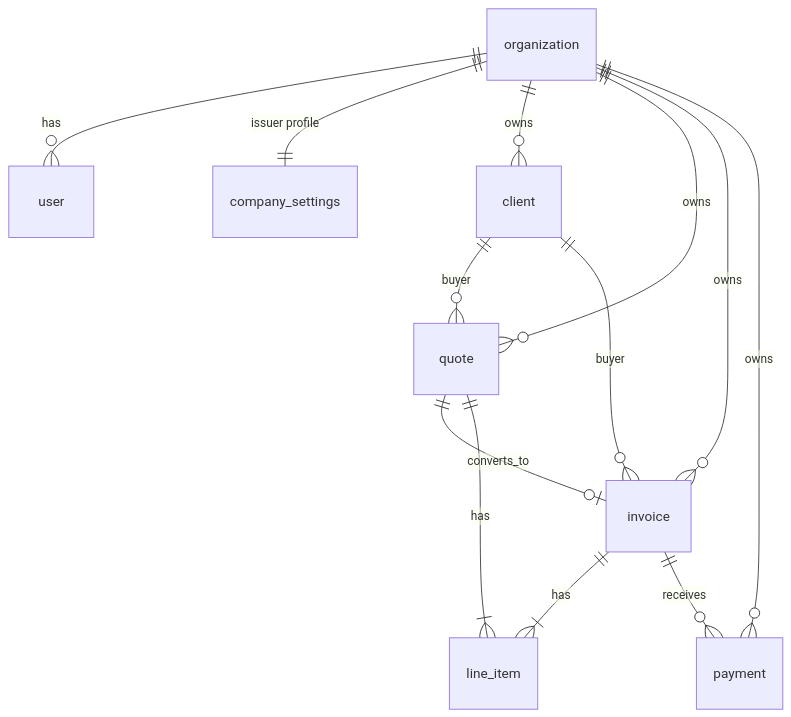
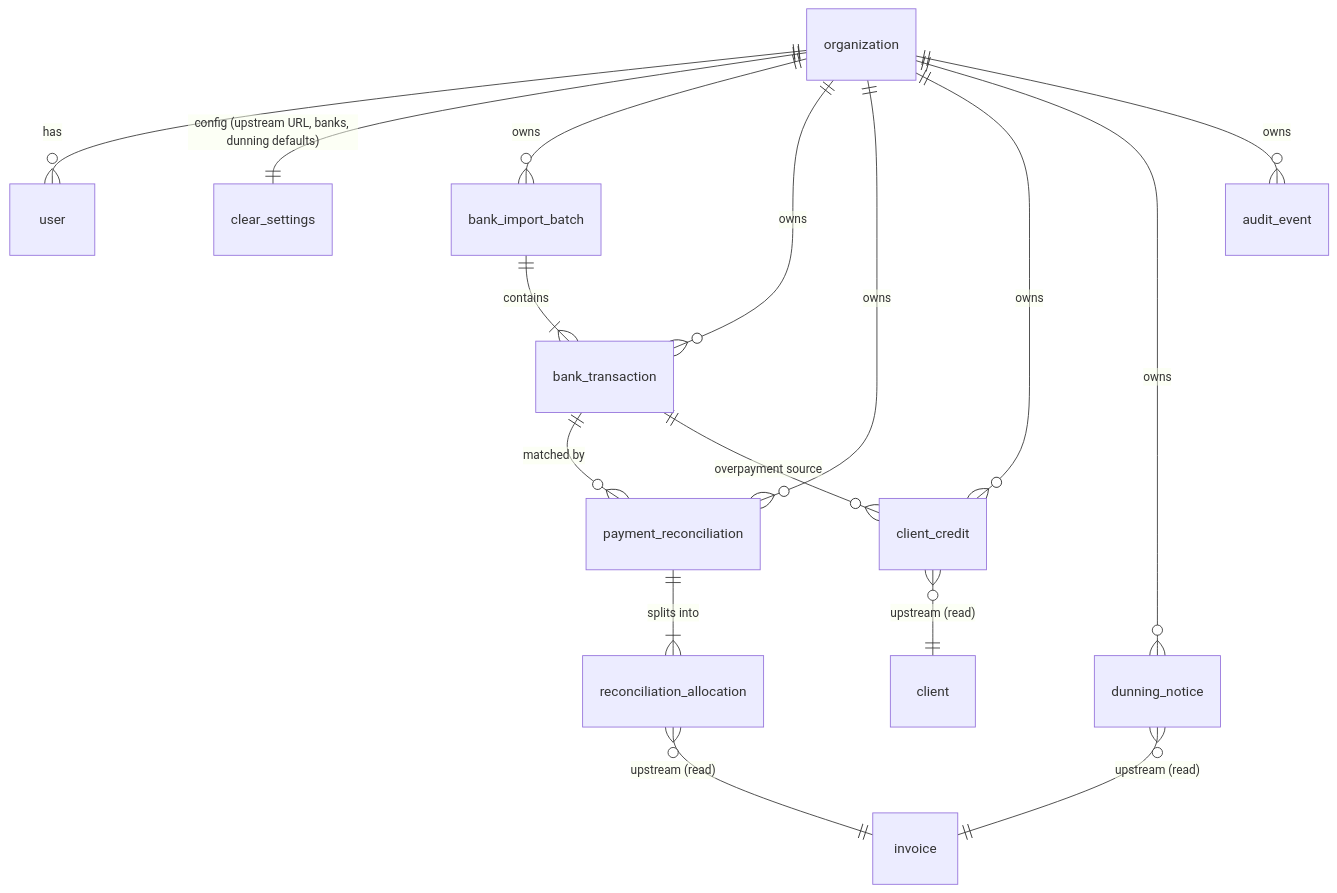
One commit to hideyukiMORI/nene-clear changed the diagram in docs/explanation/domain-model.md. Above: the diagram before and after it, drawn with Mermaid. The commit also changed other lines of this file and 25 other files, not shown here.

First line of the commit message:
docs: rewrite nene-invoice residue to Clear reconciliation & dunning domain (#7)

````diff
--- a/docs/explanation/domain-model.md
+++ b/docs/explanation/domain-model.md
@@ -11,15 +24,18 @@
 ```mermaid
 erDiagram
     organization ||--o{ user : "has"
-    organization ||--|| company_settings : "issuer profile"
-    organization ||--o{ client : "owns"
-    organization ||--o{ quote : "owns"
-    organization ||--o{ invoice : "owns"
-    organization ||--o{ payment : "owns"
-    client ||--o{ quote : "buyer"
-    client ||--o{ invoice : "buyer"
-    quote ||--o| invoice : "converts_to"
-    quote ||--|{ line_item : "has"
-    invoice ||--|{ line_item : "has"
-    invoice ||--o{ payment : "receives"
+    organization ||--|| clear_settings : "config (upstream URL, banks, dunning defaults)"
+    organization ||--o{ bank_import_batch : "owns"
+    organization ||--o{ bank_transaction : "owns"
+    organization ||--o{ payment_reconciliation : "owns"
+    organization ||--o{ client_credit : "owns"
+    organization ||--o{ dunning_notice : "owns"
+    organization ||--o{ audit_event : "owns"
+    bank_import_batch ||--|{ bank_transaction : "contains"
+    bank_transaction ||--o{ payment_reconciliation : "matched by"
+    payment_reconciliation ||--|{ reconciliation_allocation : "splits into"
+    reconciliation_allocation }o--|| invoice : "upstream (read)"
+    bank_transaction ||--o{ client_credit : "overpayment source"
+    client_credit }o--|| client : "upstream (read)"
+    dunning_notice }o--|| invoice : "upstream (read)"
 ```
````
